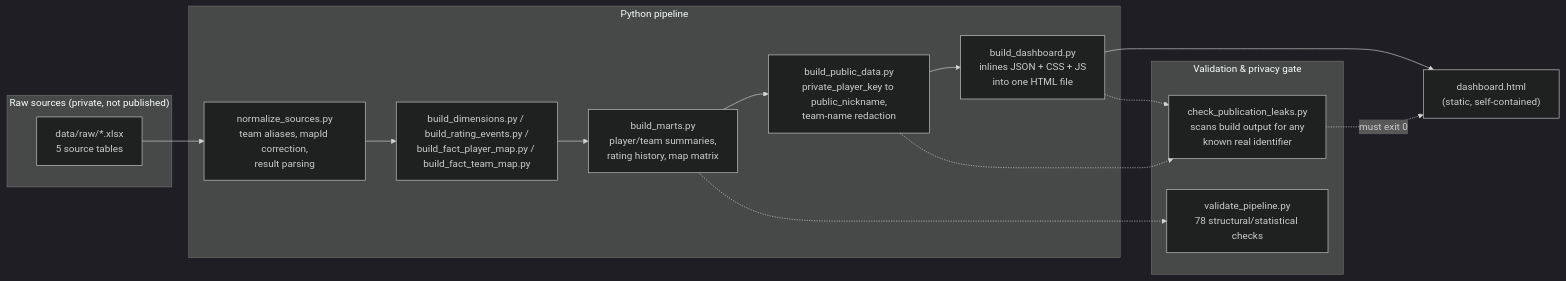
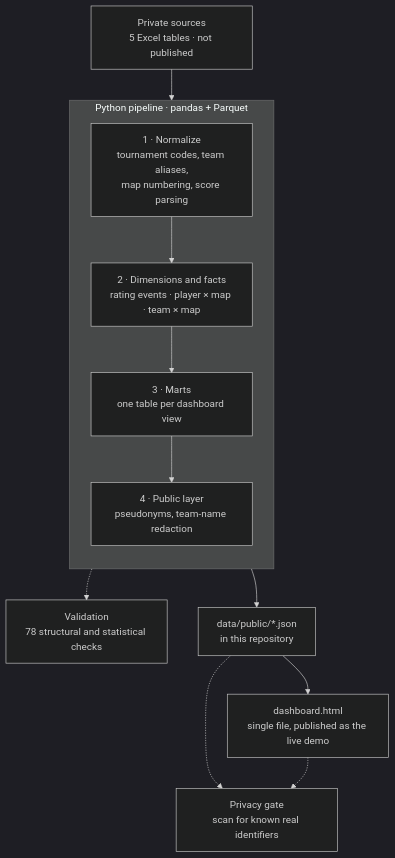
The diagram in README.md (ostu/cs2-tournament-analytics), drawn with Mermaid (dark theme) before and after one commit. The commit also changed other lines of this file and 12 other files, not shown here.

````diff
--- a/README.md
+++ b/README.md
@@ -64,27 +74,25 @@
 ```mermaid
-flowchart LR
-    subgraph Sources["Raw sources (private, not published)"]
-        RAW["data/raw/*.xlsx<br/>5 source tables"]
+flowchart TD
+    RAW["Private sources<br/>5 Excel tables · not published"]
+
+    subgraph PIPE["Python pipeline · pandas + Parquet"]
+        direction TB
+        NORM["1 · Normalize<br/>tournament codes, team aliases,<br/>map numbering, score parsing"]
+        MODEL["2 · Dimensions and facts<br/>rating events · player × map · team × map"]
+        MARTS["3 · Marts<br/>one table per dashboard view"]
+        PUBLIC["4 · Public layer<br/>pseudonyms, team-name redaction"]
+        NORM --> MODEL --> MARTS --> PUBLIC
     end
 
-    subgraph Build["Python pipeline"]
-        NORM["normalize_sources.py<br/>team aliases, mapId correction,<br/>result parsing"]
-        DIMFACT["build_dimensions.py / build_rating_events.py /<br/>build_fact_player_map.py / build_fact_team_map.py"]
-        MARTS["build_marts.py<br/>player/team summaries,<br/>rating history, map matrix"]
-        PUBLIC["build_public_data.py<br/>private_player_key to public_nickname,<br/>team-name redaction"]
-        DASH["build_dashboard.py<br/>inlines JSON + CSS + JS<br/>into one HTML file"]
-    end
+    VALIDATE["Validation<br/>78 structural and statistical checks"]
+    LEAK["Privacy gate<br/>scan for known real identifiers"]
+    JSON["data/public/*.json<br/>in this repository"]
+    HTML["dashboard.html<br/>single file, published as the live demo"]
 
-    subgraph Checks["Validation & privacy gate"]
-        VALIDATE["validate_pipeline.py<br/>78 structural/statistical checks"]
-        LEAK["check_publication_leaks.py<br/>scans build output for any<br/>known real identifier"]
-    end
-
-    OUT["dashboard.html<br/>(static, self-contained)"]
-
-    RAW --> NORM --> DIMFACT --> MARTS --> PUBLIC --> DASH --> OUT
+    RAW --> NORM
     MARTS -.-> VALIDATE
-    PUBLIC -.-> LEAK
-    DASH -.-> LEAK
-    LEAK -.->|must exit 0| OUT
+    PUBLIC --> JSON
+    JSON -.-> LEAK
+    JSON --> HTML
+    HTML -.-> LEAK
 ```
````
